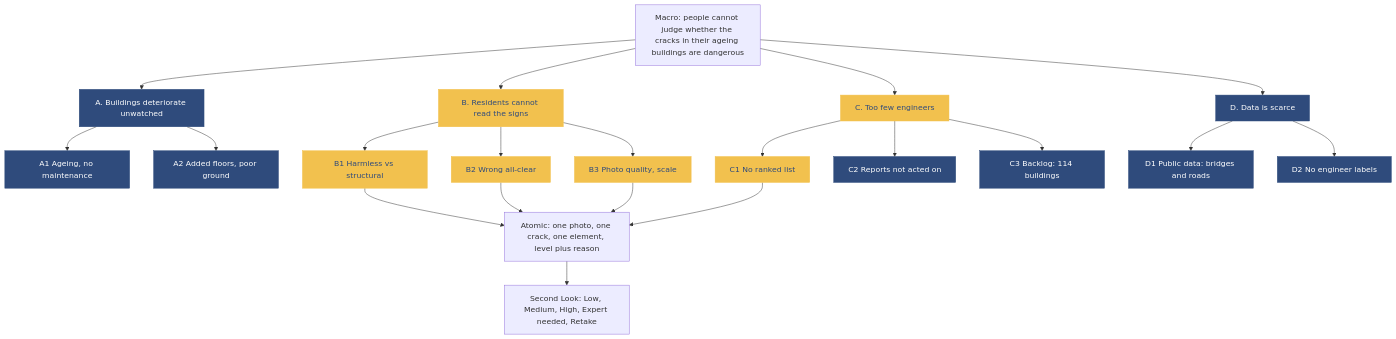
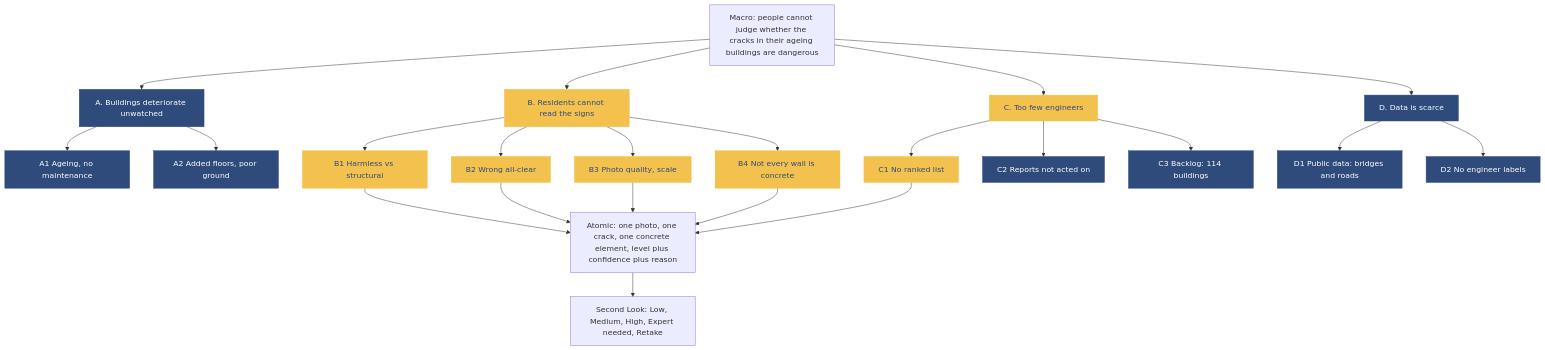
Before and after one commit to iaac-maai/operable_futures_research_studio_2026_Team_Jerome_Luis: the diagram in docs/segmentation_tree.md, drawn with Mermaid. The commit also changed other lines of this file and 20 other files, not shown here.

````diff
--- a/docs/segmentation_tree.md
+++ b/docs/segmentation_tree.md
@@ -40,27 +41,29 @@
 ```mermaid
 graph TD
   M["Macro: people cannot judge whether the cracks in their ageing buildings are dangerous"]
   M --> A["A. Buildings deteriorate unwatched"]
   M --> B["B. Residents cannot read the signs"]
   M --> C["C. Too few engineers"]
   M --> D["D. Data is scarce"]
   A --> A1["A1 Ageing, no maintenance"]
   A --> A2["A2 Added floors, poor ground"]
   B --> B1["B1 Harmless vs structural"]
   B --> B2["B2 Wrong all-clear"]
   B --> B3["B3 Photo quality, scale"]
+  B --> B4["B4 Not every wall is concrete"]
   C --> C1["C1 No ranked list"]
   C --> C2["C2 Reports not acted on"]
   C --> C3["C3 Backlog: 114 buildings"]
   D --> D1["D1 Public data: bridges and roads"]
   D --> D2["D2 No engineer labels"]
-  B1 --> AT["Atomic: one photo, one crack, one element, level plus reason"]
+  B1 --> AT["Atomic: one photo, one crack, one concrete element, level plus confidence plus reason"]
   B2 --> AT
   B3 --> AT
+  B4 --> AT
   C1 --> AT
   AT --> R["Second Look: Low, Medium, High, Expert needed, Retake"]
   classDef path fill:#F2C14E,stroke:#F2C14E,color:#2F4B7C;
   classDef context fill:#2F4B7C,stroke:#2F4B7C,color:#fff;
-  class B,C,B1,B2,B3,C1 path;
+  class B,C,B1,B2,B3,B4,C1 path;
   class A,D,A1,A2,C2,C3,D1,D2 context;
 ```
````
